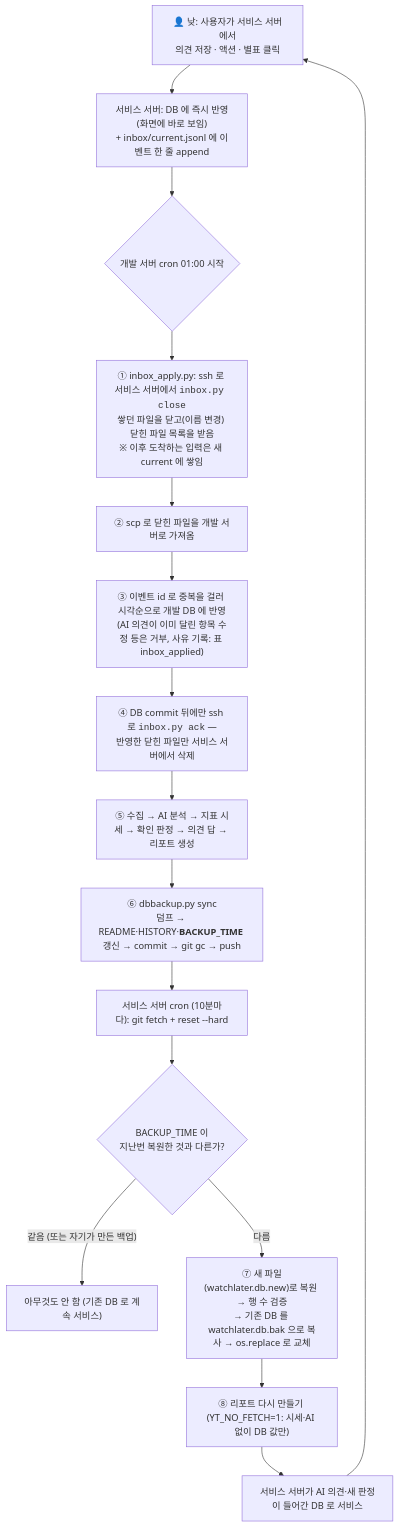
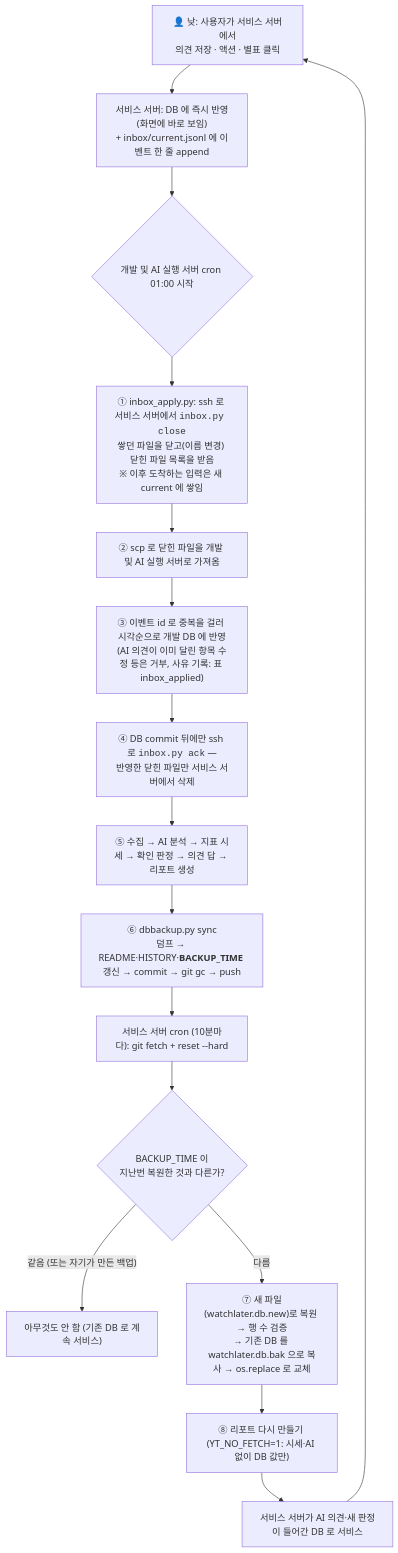
Before and after one commit to cheoljoo/yt-watcher-later: the second of 2 diagrams in README.md, drawn with Mermaid. The commit also changed other lines of this file and 1 other file, not shown here.

````diff
--- a/README.md
+++ b/README.md
@@ -87,18 +87,18 @@
 ```mermaid
 flowchart TD
     A["👤 낮: 사용자가 서비스 서버에서<br/>의견 저장 · 액션 · 별표 클릭"] --> B["서비스 서버: DB 에 즉시 반영(화면에 바로 보임)<br/>+ inbox/current.jsonl 에 이벤트 한 줄 append"]
-    B --> C{"개발 서버 cron 01:00 시작"}
+    B --> C{"개발 및 AI 실행 서버 cron 01:00 시작"}
     C --> D["① inbox_apply.py: ssh 로 서비스 서버에서 <code>inbox.py close</code><br/>쌓던 파일을 닫고(이름 변경) 닫힌 파일 목록을 받음<br/>※ 이후 도착하는 입력은 새 current 에 쌓임"]
-    D --> D2["② scp 로 닫힌 파일을 개발 서버로 가져옴"]
+    D --> D2["② scp 로 닫힌 파일을 개발 및 AI 실행 서버로 가져옴"]
     D2 --> E["③ 이벤트 id 로 중복을 걸러 시각순으로 개발 DB 에 반영<br/>(AI 의견이 이미 달린 항목 수정 등은 거부, 사유 기록: 표 inbox_applied)"]
     E --> F["④ DB commit 뒤에만 ssh 로 <code>inbox.py ack</code> —<br/>반영한 닫힌 파일만 서비스 서버에서 삭제"]
     F --> G["⑤ 수집 → AI 분석 → 지표 시세 → 확인 판정 → 의견 답 → 리포트 생성"]
     G --> H["⑥ dbbackup.py sync<br/>덤프 → README·HISTORY·<b>BACKUP_TIME</b> 갱신 → commit → git gc → push"]
     H --> I["서비스 서버 cron (10분마다): git fetch + reset --hard"]
     I --> J{"BACKUP_TIME 이<br/>지난번 복원한 것과 다른가?"}
     J -- "같음 (또는 자기가 만든 백업)" --> K["아무것도 안 함 (기존 DB 로 계속 서비스)"]
     J -- "다름" --> L["⑦ 새 파일(watchlater.db.new)로 복원 → 행 수 검증<br/>→ 기존 DB 를 watchlater.db.bak 으로 복사 → os.replace 로 교체"]
     L --> M["⑧ 리포트 다시 만들기 (YT_NO_FETCH=1: 시세·AI 없이 DB 값만)"]
     M --> N["서비스 서버가 AI 의견·새 판정이 들어간 DB 로 서비스"]
     N --> A
 ```
````
